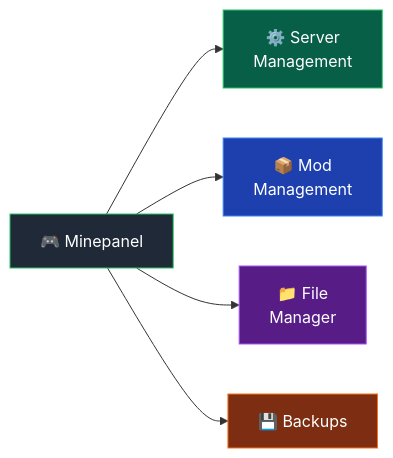
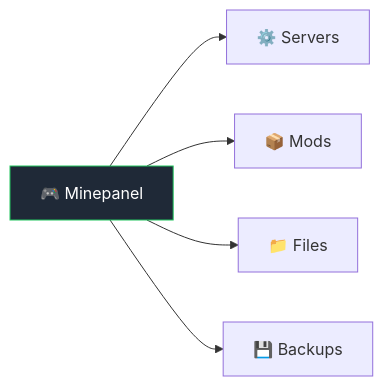
The diagram in doc/features.md (Ketbome/minepanel), drawn with Mermaid before and after one commit. The commit also changed other lines of this file and 10 other files, not shown here.

````diff
--- a/doc/features.md
+++ b/doc/features.md
@@ -19,14 +10,9 @@
 ```mermaid
 flowchart LR
     MP["🎮 Minepanel"]
-    MP --> SM["⚙️ Server<br/>Management"]
-    MP --> MM["📦 Mod<br/>Management"]
-    MP --> FM["📁 File<br/>Manager"]
+    MP --> SM["⚙️ Servers"]
+    MP --> MM["📦 Mods"]
+    MP --> FM["📁 Files"]
     MP --> BK["💾 Backups"]
-
     style MP fill:#1f2937,stroke:#22c55e,color:#fff
-    style SM fill:#065f46,stroke:#22c55e,color:#fff
-    style MM fill:#1e40af,stroke:#3b82f6,color:#fff
-    style FM fill:#581c87,stroke:#a855f7,color:#fff
-    style BK fill:#7c2d12,stroke:#f97316,color:#fff
 ```
````
